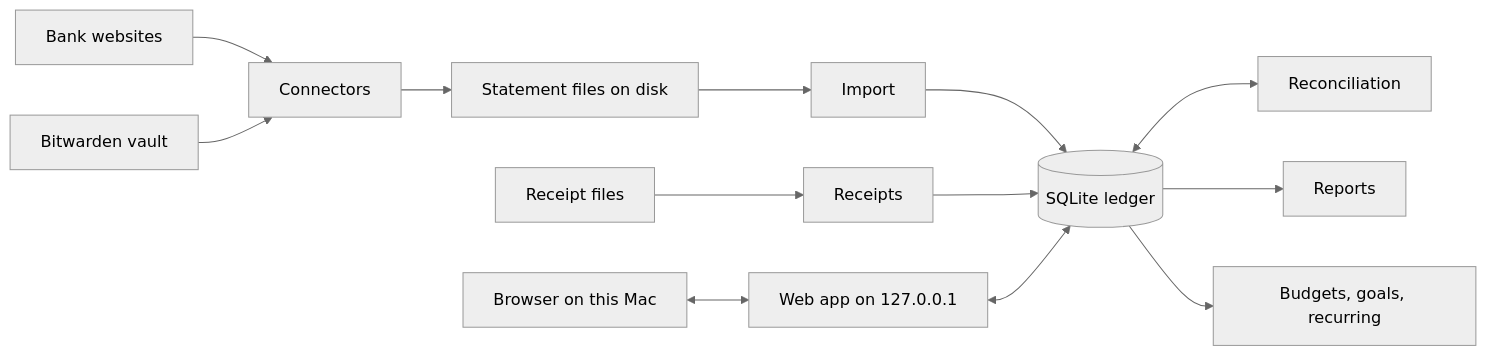
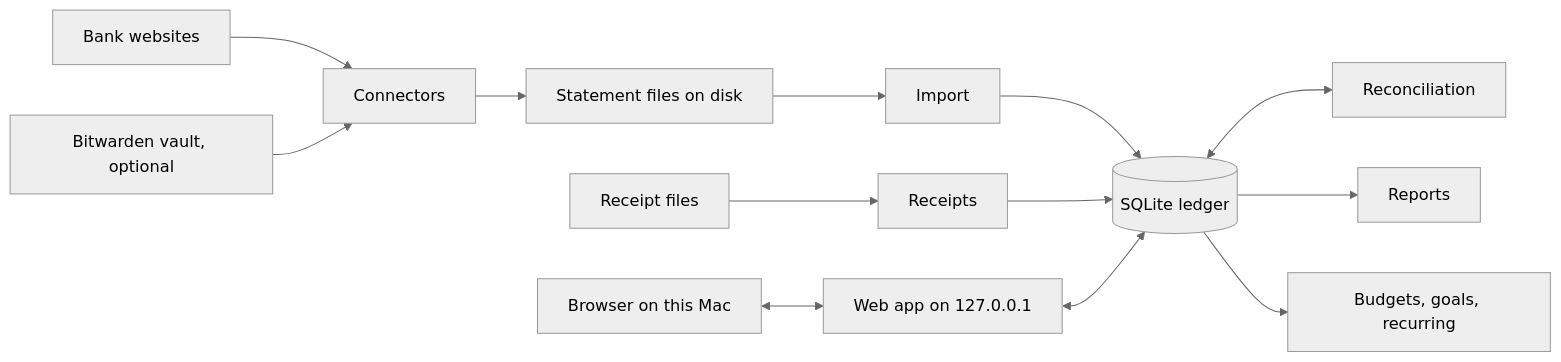
Before and after one commit to spinningyoyo/omsync: the first of 3 diagrams in docs/architecture/system.md, drawn with Mermaid (neutral theme). The commit also changed other lines of this file and 55 other files, not shown here.

First line of the commit message:
feat(access): sign in with the computer's owner check and make the vault optional

````diff
--- a/docs/architecture/system.md
+++ b/docs/architecture/system.md
@@ -11,14 +11,14 @@
 ```mermaid
 flowchart LR
     Banks[Bank websites] --> Connectors
-    Vault[Bitwarden vault] --> Connectors
+    Vault[Bitwarden vault, optional] --> Connectors
     Connectors --> Files[Statement files on disk]
     Files --> Import
     Import --> Ledger[(SQLite ledger)]
     ReceiptFiles[Receipt files] --> Receipts --> Ledger
     Ledger <--> Reconciliation
     Ledger --> Reports
     Ledger --> Plan[Budgets, goals, recurring]
     Browser[Browser on this Mac] <--> Web[Web app on 127.0.0.1]
     Web <--> Ledger
 ```
````
